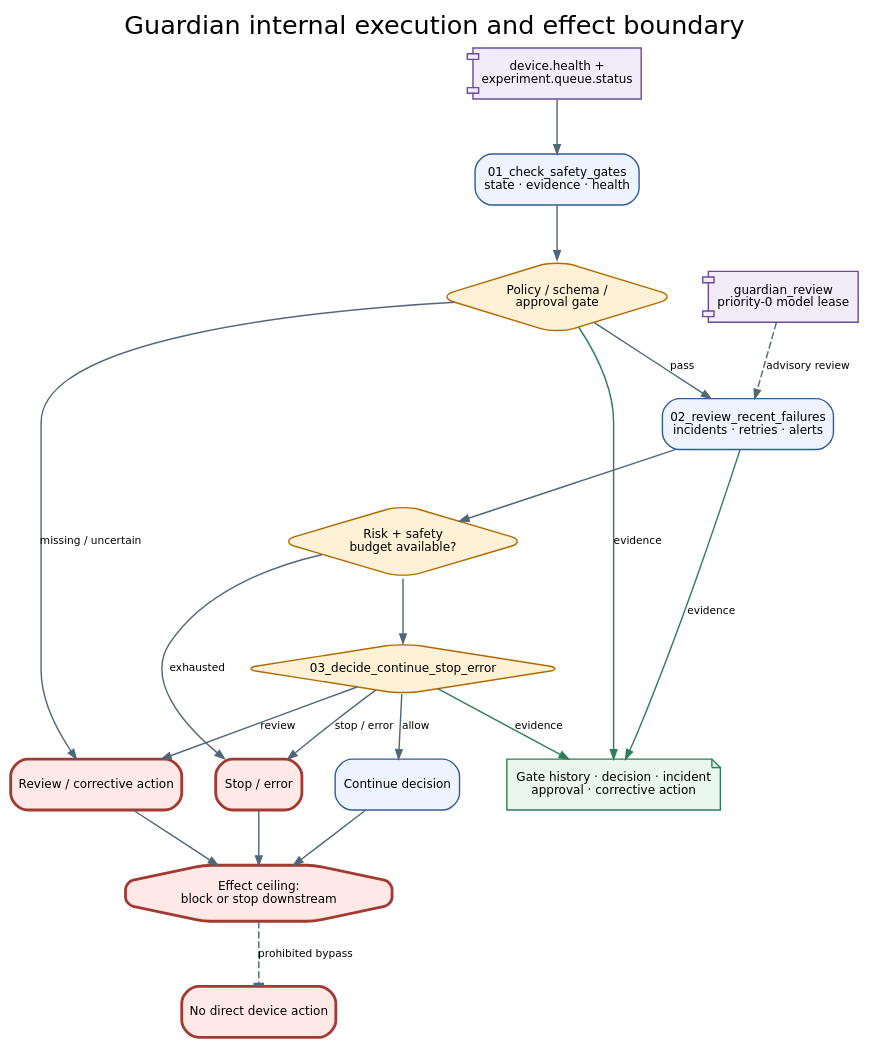
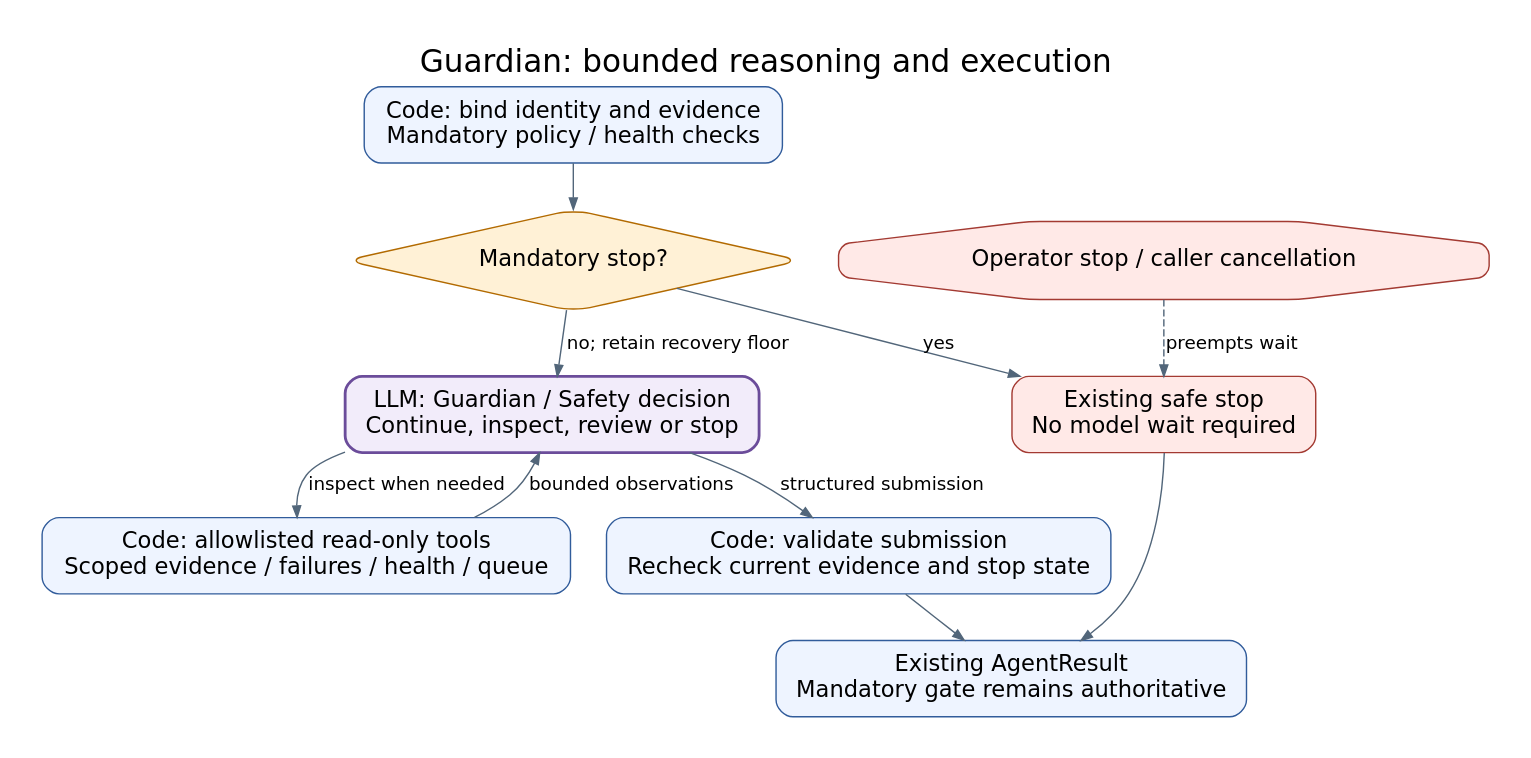
Before and after one commit to JIN9811/autonomous_researcher: the diagram in docs/agents/assets/figures/guardian_02_execution_effect_boundary.dot, drawn with Graphviz. The commit also changed 22 other files, not shown here.

Commit message:
feat(guardian): add bounded LLM evidence decisions and verification

```diff
--- a/docs/agents/assets/figures/guardian_02_execution_effect_boundary.dot
+++ b/docs/agents/assets/figures/guardian_02_execution_effect_boundary.dot
@@ -1,36 +1,22 @@
 digraph guardian_execution_effect_boundary {
-  graph [rankdir=TB, bgcolor="transparent", pad="0.25", nodesep="0.30", ranksep="0.52", fontname="DejaVu Sans", label="Guardian internal execution and effect boundary", labelloc="t", fontsize=18];
-  node [shape=box, style="rounded,filled", fillcolor="#EEF4FF", color="#315C9B", fontname="DejaVu Sans", fontsize=8.5, margin="0.09,0.06"];
-  edge [color="#52667A", fontname="DejaVu Sans", fontsize=7.5, arrowsize=0.65];
-
-  tools [label="device.health +\nexperiment.queue.status", shape=component, fillcolor="#F2ECFA", color="#6B4C9A"];
-  collect [label="01_check_safety_gates\nstate · evidence · health"];
-  gate [label="Policy / schema /\napproval gate", shape=diamond, fillcolor="#FFF1D6", color="#B26A00"];
-  failures [label="02_review_recent_failures\nincidents · retries · alerts"];
-  budget [label="Risk + safety\nbudget available?", shape=diamond, fillcolor="#FFF1D6", color="#B26A00"];
-  decide [label="03_decide_continue_stop_error", shape=diamond, fillcolor="#FFF1D6", color="#B26A00"];
-  model [label="guardian_review\npriority-0 model lease", shape=component, fillcolor="#F2ECFA", color="#6B4C9A"];
-  continue [label="Continue decision"];
-  review [label="Review / corrective action", fillcolor="#FFE9E7", color="#A33A32", penwidth=2];
-  stop [label="Stop / error", fillcolor="#FFE9E7", color="#A33A32", penwidth=2];
-  evidence [label="Gate history · decision · incident\napproval · corrective action", shape=note, fillcolor="#E9F7EF", color="#2E7D59"];
-  effect [label="Effect ceiling:\nblock or stop downstream", shape=octagon, fillcolor="#FFE9E7", color="#A33A32", penwidth=2];
-  device [label="No direct device action", fillcolor="#FFE9E7", color="#A33A32", penwidth=2];
-
-  tools -> collect -> gate;
-  gate -> failures [label="pass"];
-  gate -> review [label="missing / uncertain"];
-  failures -> budget -> decide;
-  model -> failures [style=dashed, label="advisory review"];
-  budget -> stop [label="exhausted"];
-  decide -> continue [label="allow"];
-  decide -> review [label="review"];
-  decide -> stop [label="stop / error"];
-  gate -> evidence [label="evidence", color="#2E7D59"];
-  failures -> evidence [label="evidence", color="#2E7D59"];
-  decide -> evidence [label="evidence", color="#2E7D59"];
-  continue -> effect;
-  review -> effect;
-  stop -> effect;
-  effect -> device [style=dashed, arrowhead=tee, label="prohibited bypass"];
+  graph [rankdir=TB, bgcolor="white", pad="0.3", nodesep="0.35", ranksep="0.45", fontname="DejaVu Sans", label="Guardian: bounded reasoning and execution", labelloc="t", fontsize=22];
+  node [shape=box, style="rounded,filled", fillcolor="#EEF4FF", color="#315C9B", fontname="DejaVu Sans", fontsize=16, margin="0.18,0.13"];
+  edge [color="#52667A", fontname="DejaVu Sans", fontsize=13, arrowsize=0.8];
+  collect [label="Code: bind identity and evidence\nMandatory policy / health checks"];
+  gate [label="Mandatory stop?", shape=diamond, fillcolor="#FFF1D6", color="#B26A00"];
+  llm [label="LLM: Guardian / Safety decision\nContinue, inspect, review or stop", fillcolor="#F2ECFA", color="#6B4C9A", penwidth=2];
+  tools [label="Code: allowlisted read-only tools\nScoped evidence / failures / health / queue"];
+  verify [label="Code: validate submission\nRecheck current evidence and stop state"];
+  output [label="Existing AgentResult\nMandatory gate remains authoritative"];
+  stop [label="Existing safe stop\nNo model wait required", fillcolor="#FFE9E7", color="#A33A32"];
+  cancel [label="Operator stop / caller cancellation", shape=octagon, fillcolor="#FFE9E7", color="#A33A32"];
+  collect -> gate;
+  gate -> llm [label="no; retain recovery floor"];
+  gate -> stop [label="yes"];
+  llm -> tools [label="inspect when needed"];
+  tools -> llm [label="bounded observations"];
+  llm -> verify [label="structured submission"];
+  verify -> output;
+  stop -> output;
+  cancel -> stop [style=dashed, label="preempts wait"];
 }
```
